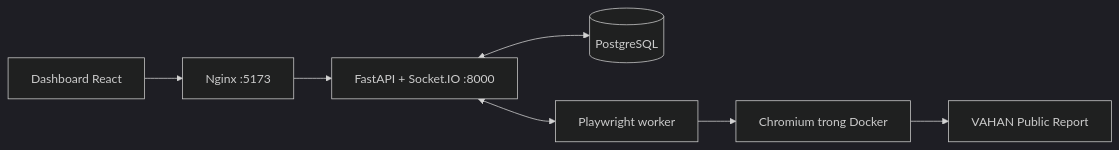
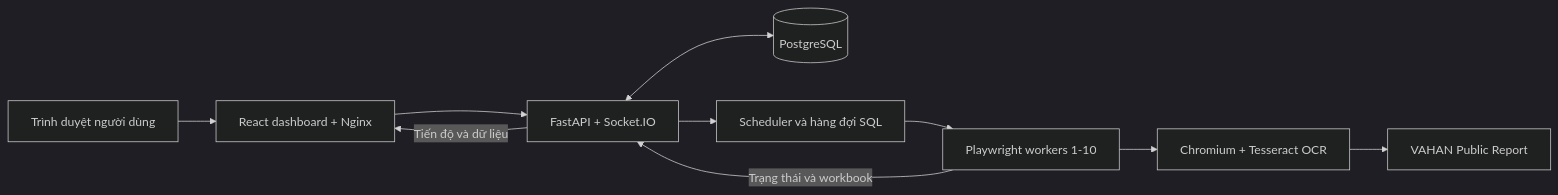
One commit to Muteen-Felix/vahan-automation changed the diagram in README.md. Above: the diagram before and after it, drawn with Mermaid (dark theme). The commit also changed other lines of this file and 15 other files, not shown here.

````diff
--- a/README.md
+++ b/README.md
@@ -24,9 +45,12 @@
 ```mermaid
 flowchart LR
-  U[Dashboard React] --> N[Nginx :5173]
-  N --> A[FastAPI + Socket.IO :8000]
+  U[Trình duyệt người dùng] --> W[React dashboard + Nginx]
+  W --> A[FastAPI + Socket.IO]
   A <--> P[(PostgreSQL)]
-  A <--> R[Playwright worker]
-  R --> C[Chromium trong Docker]
+  A --> S[Scheduler và hàng đợi SQL]
+  S --> R[Playwright workers 1-10]
+  R --> C[Chromium + Tesseract OCR]
   C --> V[VAHAN Public Report]
+  R -->|Trạng thái và workbook| A
+  A -->|Tiến độ và dữ liệu| W
 ```
````
